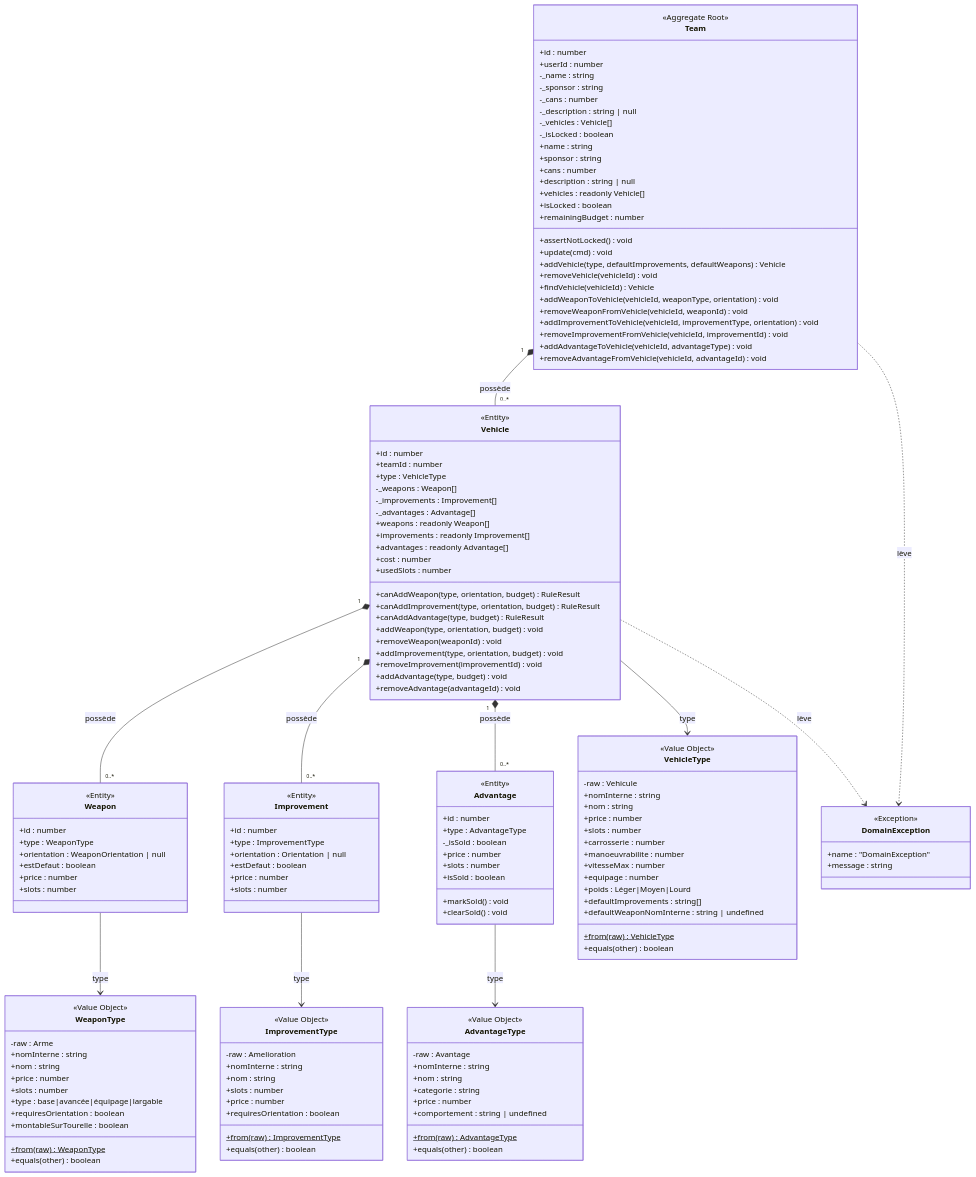
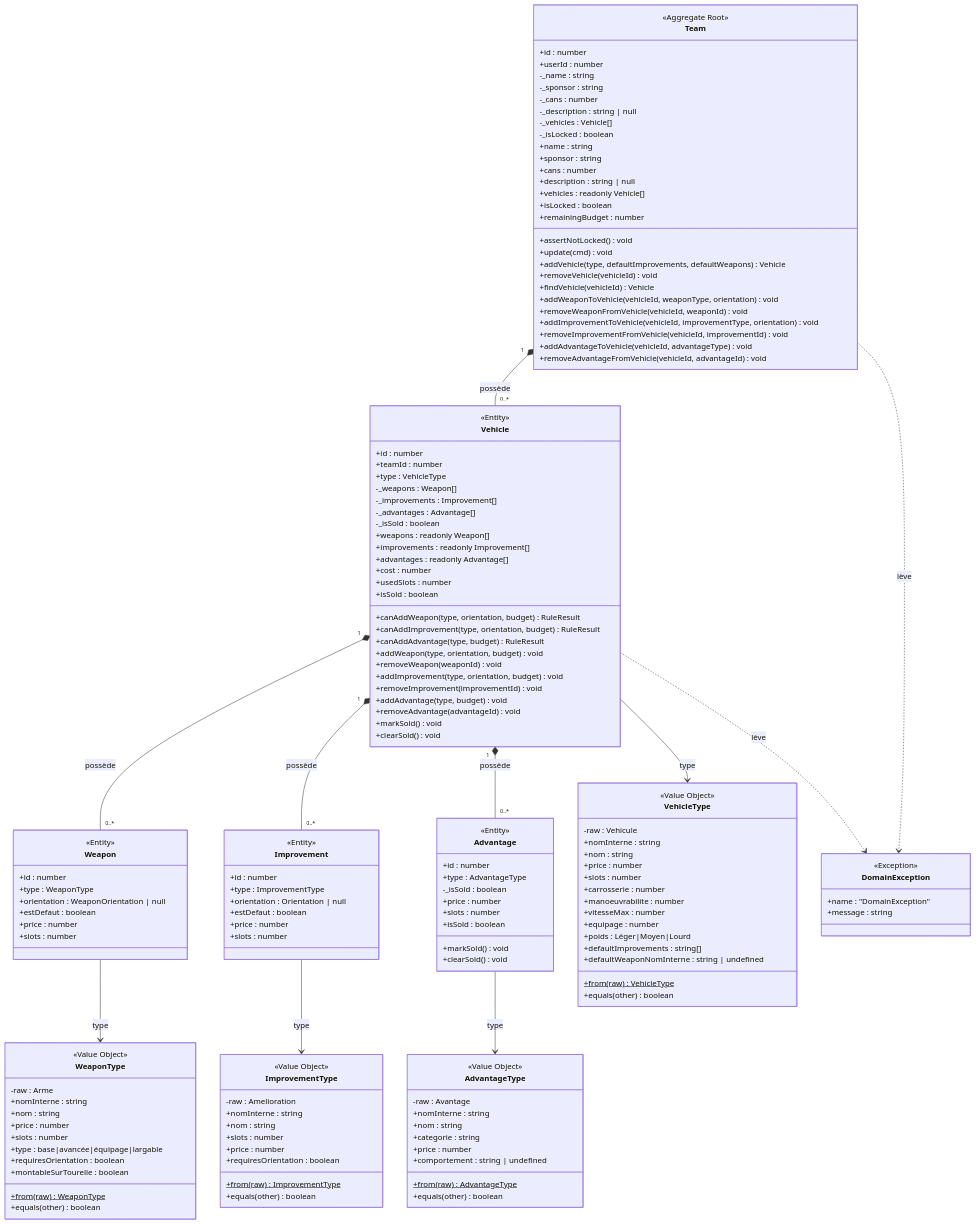
The first of 4 diagrams in docs/DOMAIN_MODEL.md (arnaudbracchetti/gaslands-manager), drawn with Mermaid before and after one commit. The commit also changed other lines of this file and 42 other files, not shown here.

```diff
--- a/docs/DOMAIN_MODEL.md
+++ b/docs/DOMAIN_MODEL.md
@@ -56,11 +56,13 @@
         -_weapons : Weapon[]
         -_improvements : Improvement[]
         -_advantages : Advantage[]
+        -_isSold : boolean
         +weapons : readonly Weapon[]
         +improvements : readonly Improvement[]
         +advantages : readonly Advantage[]
         +cost : number
         +usedSlots : number
+        +isSold : boolean
         +canAddWeapon(type, orientation, budget) RuleResult
         +canAddImprovement(type, orientation, budget) RuleResult
         +canAddAdvantage(type, budget) RuleResult
@@ -70,6 +72,8 @@
         +removeImprovement(improvementId) void
         +addAdvantage(type, budget) void
         +removeAdvantage(advantageId) void
+        +markSold() void
+        +clearSold() void
     }
 
     class Weapon {
```
